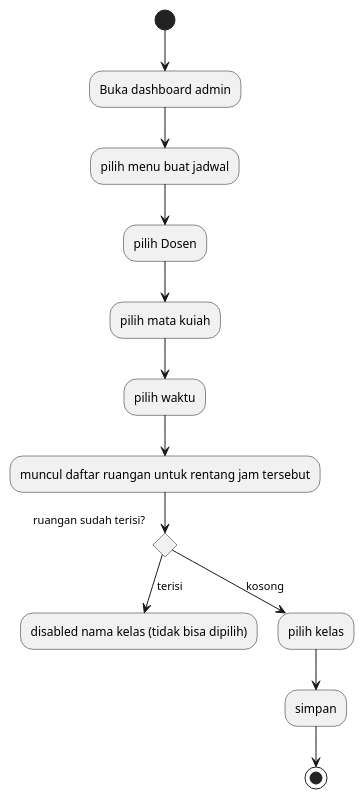
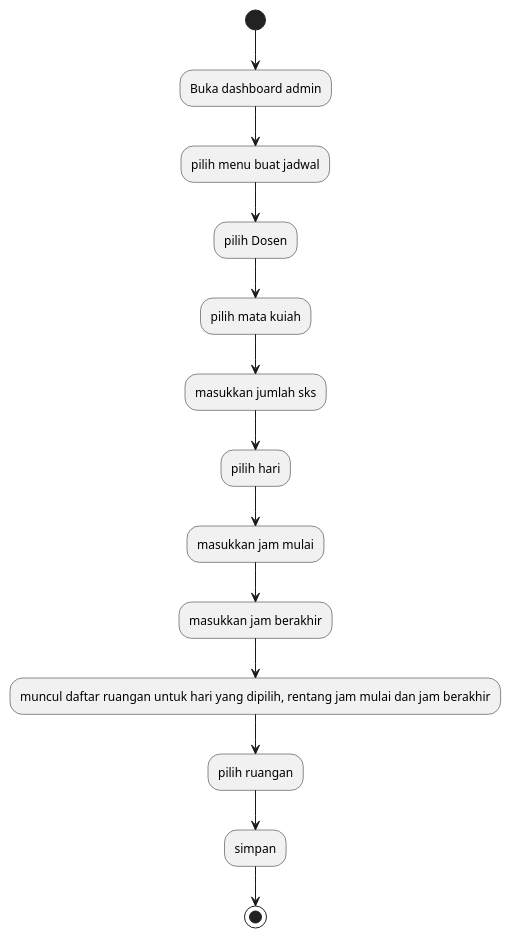
Before and after one commit to Ikhlashmulya/ucm: the diagram in docs/uml/activity/buat-jadwal-default.puml, drawn with PlantUML. The commit also changed 21 other files, not shown here.

```diff
--- a/docs/uml/activity/buat-jadwal-default.puml
+++ b/docs/uml/activity/buat-jadwal-default.puml
@@ -1,17 +1,21 @@
 @startuml buat_jadwal
 
 (*) --> Buka dashboard admin
 --> pilih menu buat jadwal
 --> pilih Dosen
 --> pilih mata kuiah
---> pilih waktu
---> muncul daftar ruangan untuk rentang jam tersebut
-if "ruangan sudah terisi?" then
-    --> [terisi] disabled nama kelas (tidak bisa dipilih)
-else
-    --> [kosong] pilih kelas
-endif
+--> masukkan jumlah sks
+--> pilih hari
+--> masukkan jam mulai
+--> masukkan jam berakhir
+--> muncul daftar ruangan untuk hari yang dipilih, rentang jam mulai dan jam berakhir
+--> pilih ruangan
+' if "ruangan sudah terisi?" then
+'     --> [terisi] disabled nama kelas (tidak bisa dipilih)
+' else
+'     --> [kosong] pilih kelas
+' endif
 --> simpan
 --> (*)
 
 @enduml
```
